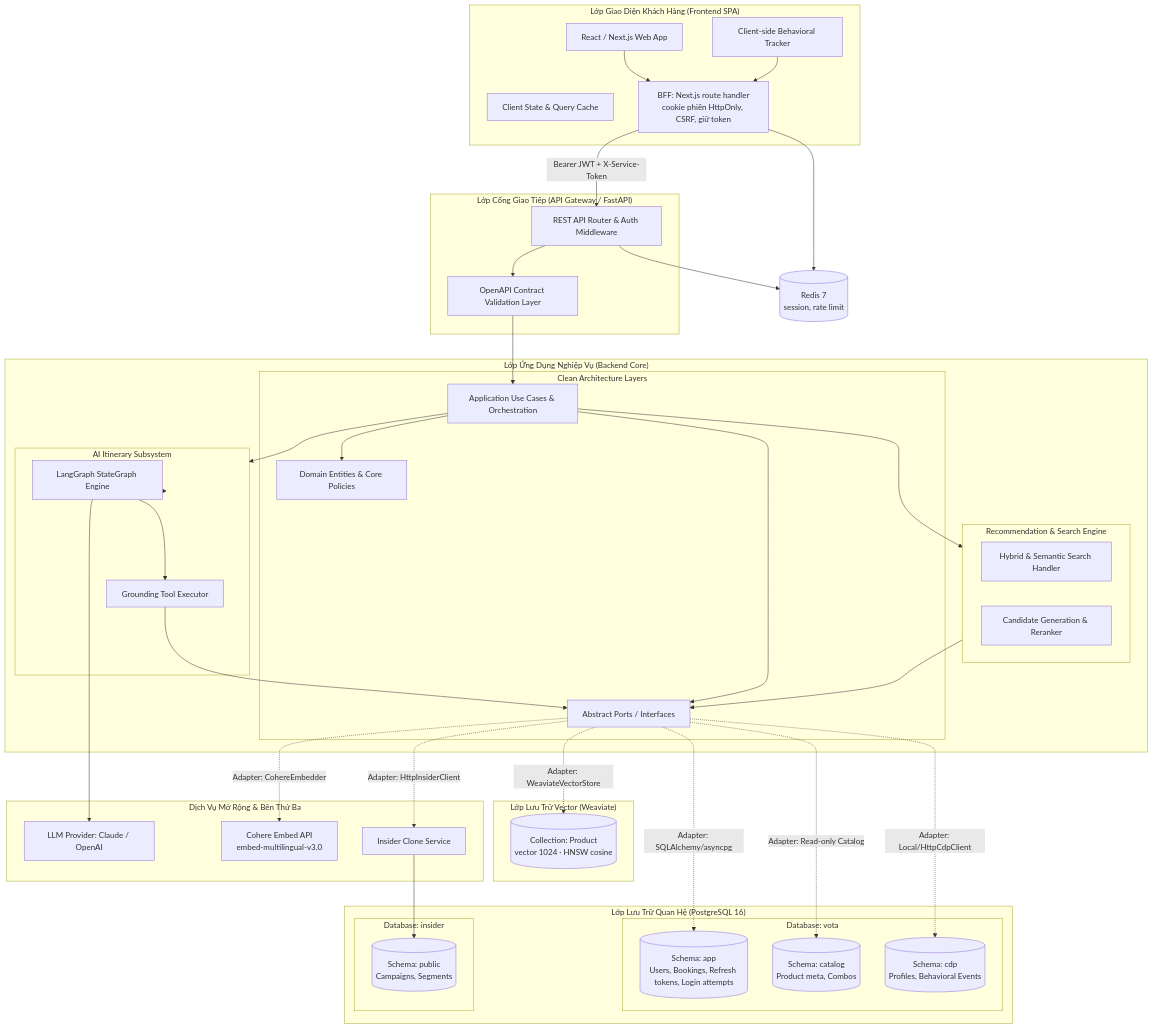
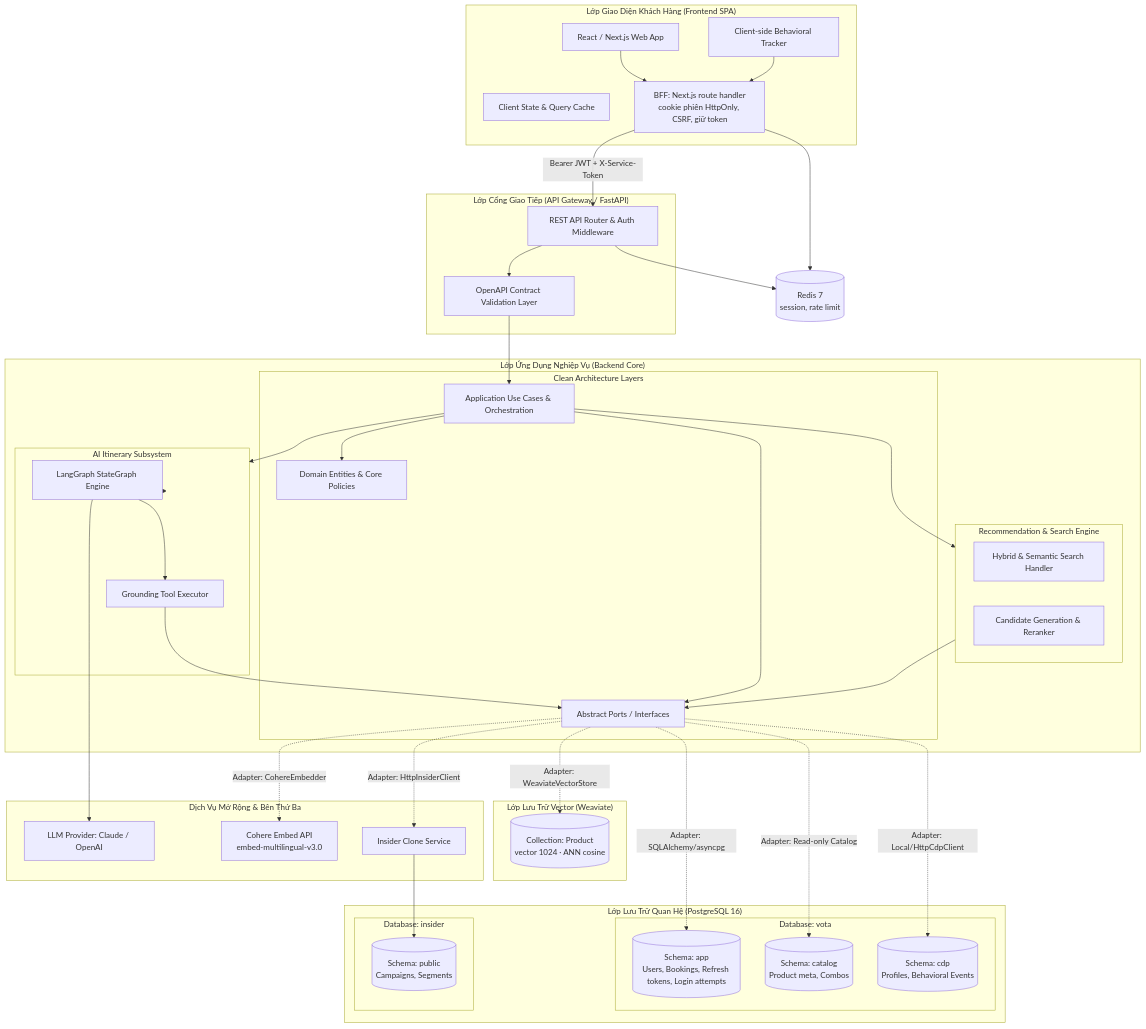
Before and after one commit to NguyenNhat4/Travel-Recommend-System: the first of 2 diagrams in docs/prd/architecture.md, drawn with Mermaid. The commit also changed other lines of this file and 32 other files, not shown here.

```diff
--- a/docs/prd/architecture.md
+++ b/docs/prd/architecture.md
@@ -55,7 +55,7 @@
     end
 
     subgraph VectorStore["Lớp Lưu Trữ Vector (Weaviate)"]
-        WvProduct[(Collection: Product\nvector 1024 · HNSW cosine)]
+        WvProduct[(Collection: Product\nvector 1024 · ANN cosine)]
     end
 
     subgraph External["Dịch Vụ Mở Rộng & Bên Thứ Ba"]
```
